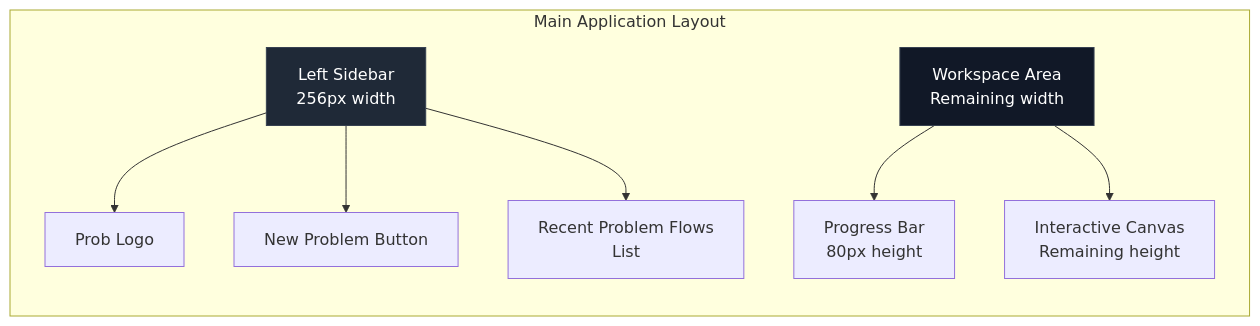
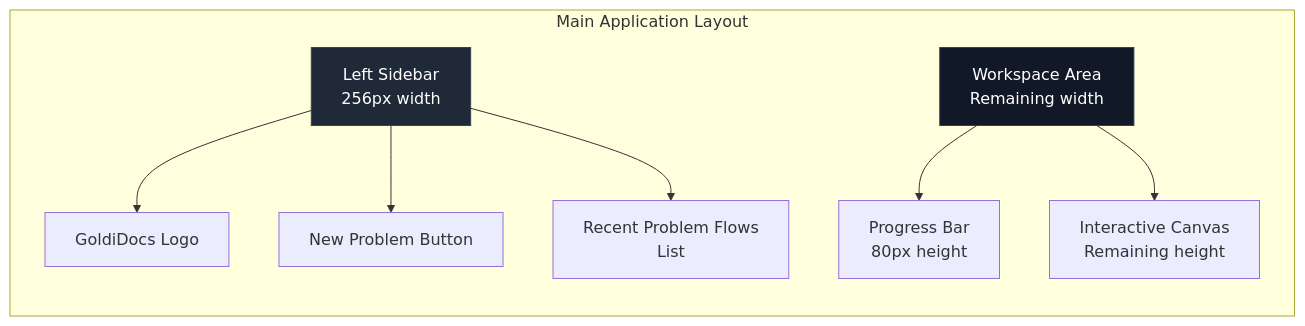
The first of 14 diagrams in archive/product_vision/product_vision_3.md (hutchutchutch/prob), drawn with Mermaid before and after one commit. The commit also changed other lines of this file and 22 other files, not shown here.

````diff
--- a/archive/product_vision/product_vision_3.md
+++ b/archive/product_vision/product_vision_3.md
@@ -73,17 +73,17 @@
 ```mermaid
 graph LR
     subgraph "Main Application Layout"
         A[Left Sidebar<br/>256px width] 
         B[Workspace Area<br/>Remaining width]
         
-        A --> C[Prob Logo]
+        A --> C[GoldiDocs Logo]
         A --> D[New Problem Button]
         A --> E[Recent Problem Flows<br/>List]
         
         B --> F[Progress Bar<br/>80px height]
         B --> G[Interactive Canvas<br/>Remaining height]
     end
     
     style A fill:#1f2937,stroke:#374151,color:#fff
     style B fill:#111827,stroke:#374151,color:#fff
 ```
````
